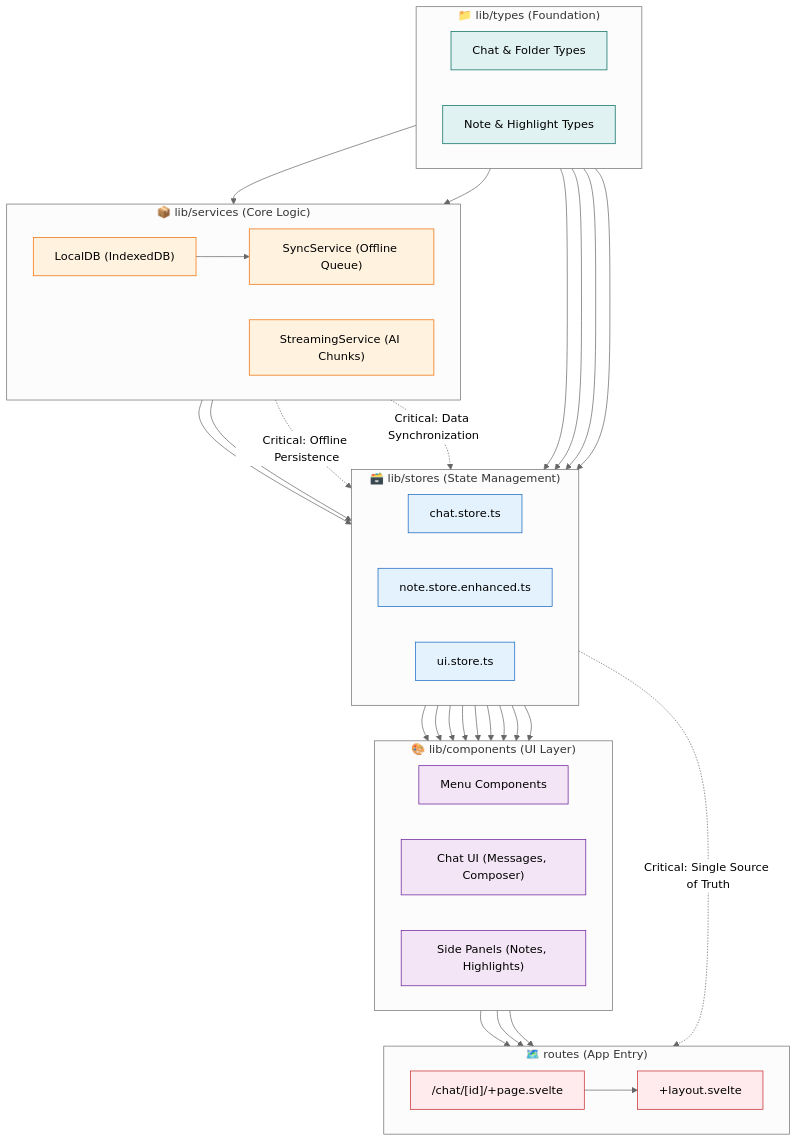
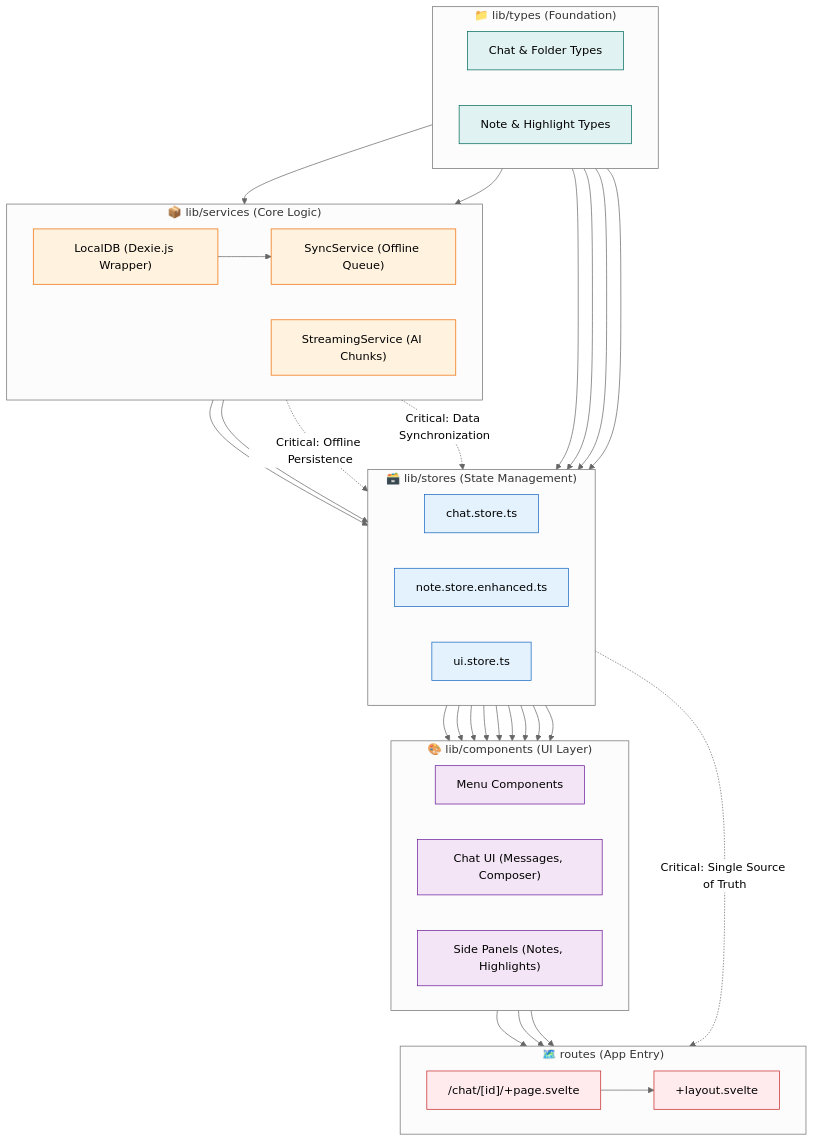
One commit to m1981/mychat-svelte changed the first of 7 diagrams in doc/specs/documentation.md. Above: the diagram before and after it, drawn with Mermaid (neutral theme). The commit also changed other lines of this file and 12 other files, not shown here.

````diff
--- a/doc/specs/documentation.md
+++ b/doc/specs/documentation.md
@@ -2,69 +2,69 @@
 ```mermaid
 flowchart TD
     subgraph "📁 lib/types (Foundation)"
         direction LR
         ChatTypes[Chat & Folder Types]
         NoteTypes[Note & Highlight Types]
     end
 
     subgraph "📦 lib/services (Core Logic)"
         direction LR
-        LocalDB["LocalDB (IndexedDB)"]
+        LocalDB["LocalDB (Dexie.js Wrapper)"]
         SyncService["SyncService (Offline Queue)"]
         StreamingService["StreamingService (AI Chunks)"]
     end
 
     subgraph "🗃️ lib/stores (State Management)"
         direction LR
         ChatStore["chat.store.ts"]
         NoteStore["note.store.enhanced.ts"]
         UIStore["ui.store.ts"]
     end
 
     subgraph "🎨 lib/components (UI Layer)"
         direction LR
         Menu["Menu Components"]
         ChatUI["Chat UI (Messages, Composer)"]
         Panels["Side Panels (Notes, Highlights)"]
     end
 
     subgraph "🗺️ routes (App Entry)"
         direction LR
         Layout["+layout.svelte"]
         ChatPage["/chat/[id]/+page.svelte"]
     end
 
     %% Dependencies
     ChatTypes & NoteTypes --> ChatStore & NoteStore
     ChatTypes & NoteTypes --> LocalDB
 
     LocalDB --> SyncService
     SyncService --> ChatStore
     StreamingService --> ChatStore
 
     ChatStore & NoteStore & UIStore --> Menu
     ChatStore & NoteStore & UIStore --> ChatUI
     ChatStore & NoteStore & UIStore --> Panels
 
     Menu & ChatUI & Panels --> ChatPage
     ChatPage --> Layout
 
     %% Critical Path Highlighting
     LocalDB -.->|"Critical: Offline Persistence"| ChatStore
     SyncService -.->|"Critical: Data Synchronization"| ChatStore
     ChatStore -.->|"Critical: Single Source of Truth"| Layout
 
     %% Styling
     classDef foundation fill:#e0f2f1,stroke:#00695c
     classDef services fill:#fff3e0,stroke:#ef6c00
     classDef stores fill:#e3f2fd,stroke:#1565c0
     classDef ui fill:#f3e5f5,stroke:#6a1b9a
     classDef routes fill:#ffebee,stroke:#c62828
     classDef critical stroke:#d32f2f,stroke-width:2px,stroke-dasharray: 5 5
 
     class ChatTypes,NoteTypes foundation
     class LocalDB,SyncService,StreamingService services
     class ChatStore,NoteStore,UIStore stores
     class Menu,ChatUI,Panels ui
     class Layout,ChatPage routes
 ```
````
